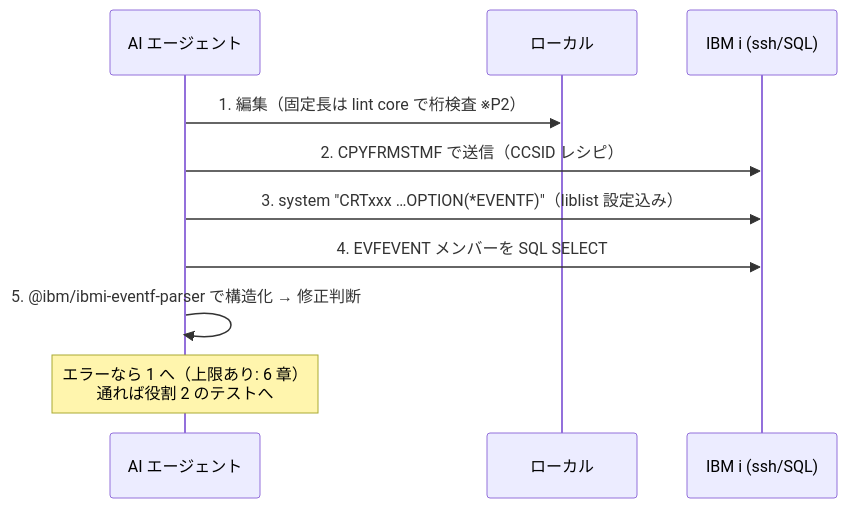
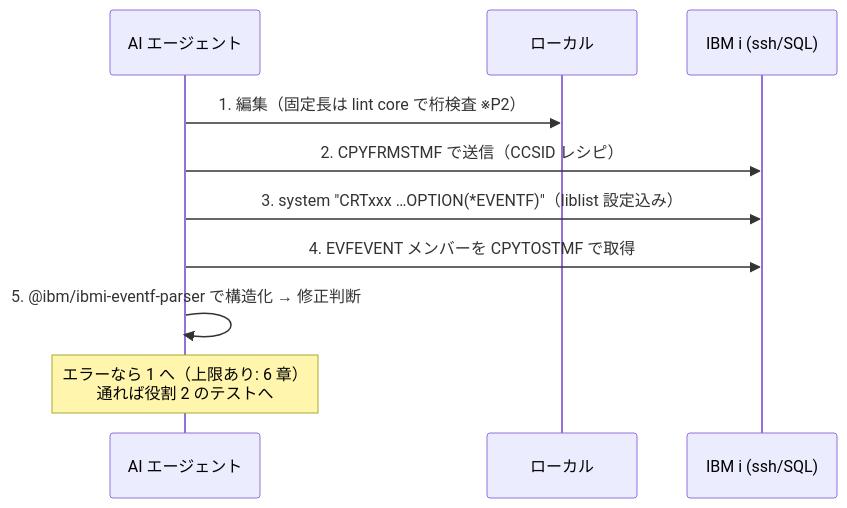
One commit to asaomaro/as400-coding-helper changed the second of 2 diagrams in docs/workflow/ibmi-dev-workflow.md. Above: the diagram before and after it, drawn with Mermaid. The commit also changed other lines of this file and 2 other files, not shown here.

````diff
--- a/docs/workflow/ibmi-dev-workflow.md
+++ b/docs/workflow/ibmi-dev-workflow.md
@@ -137,12 +137,12 @@
 ```mermaid
 sequenceDiagram
   participant A as AI エージェント
   participant L as ローカル
   participant H as IBM i (ssh/SQL)
   A->>L: 1. 編集（固定長は lint core で桁検査 ※P2）
   A->>H: 2. CPYFRMSTMF で送信（CCSID レシピ）
   A->>H: 3. system "CRTxxx …OPTION(*EVENTF)"（liblist 設定込み）
-  A->>H: 4. EVFEVENT メンバーを SQL SELECT
+  A->>H: 4. EVFEVENT メンバーを CPYTOSTMF で取得
   A->>A: 5. @ibm/ibmi-eventf-parser で構造化 → 修正判断
   Note over A: エラーなら 1 へ（上限あり: 6 章）<br>通れば役割 2 のテストへ
 ```
````
